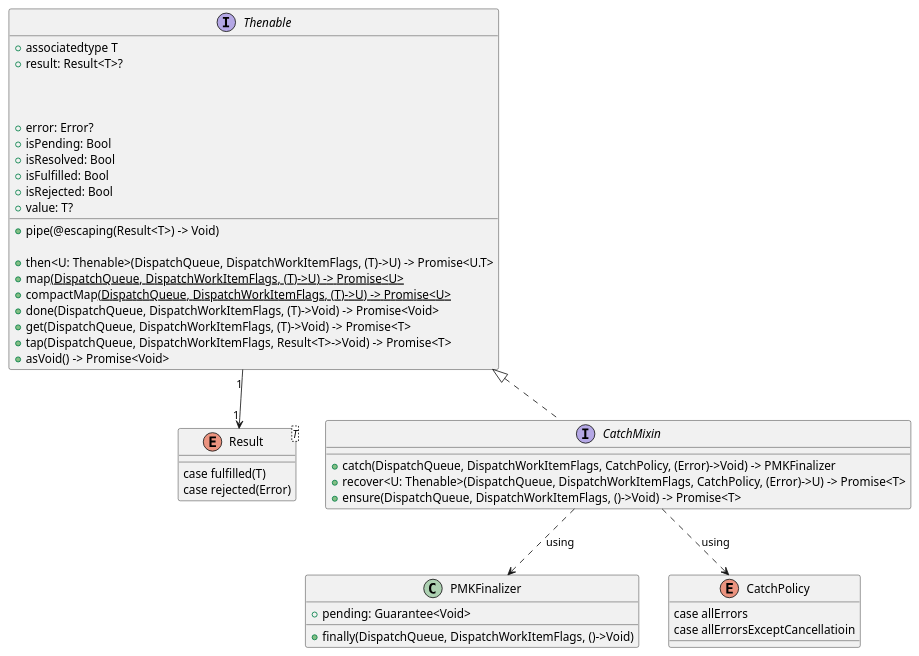
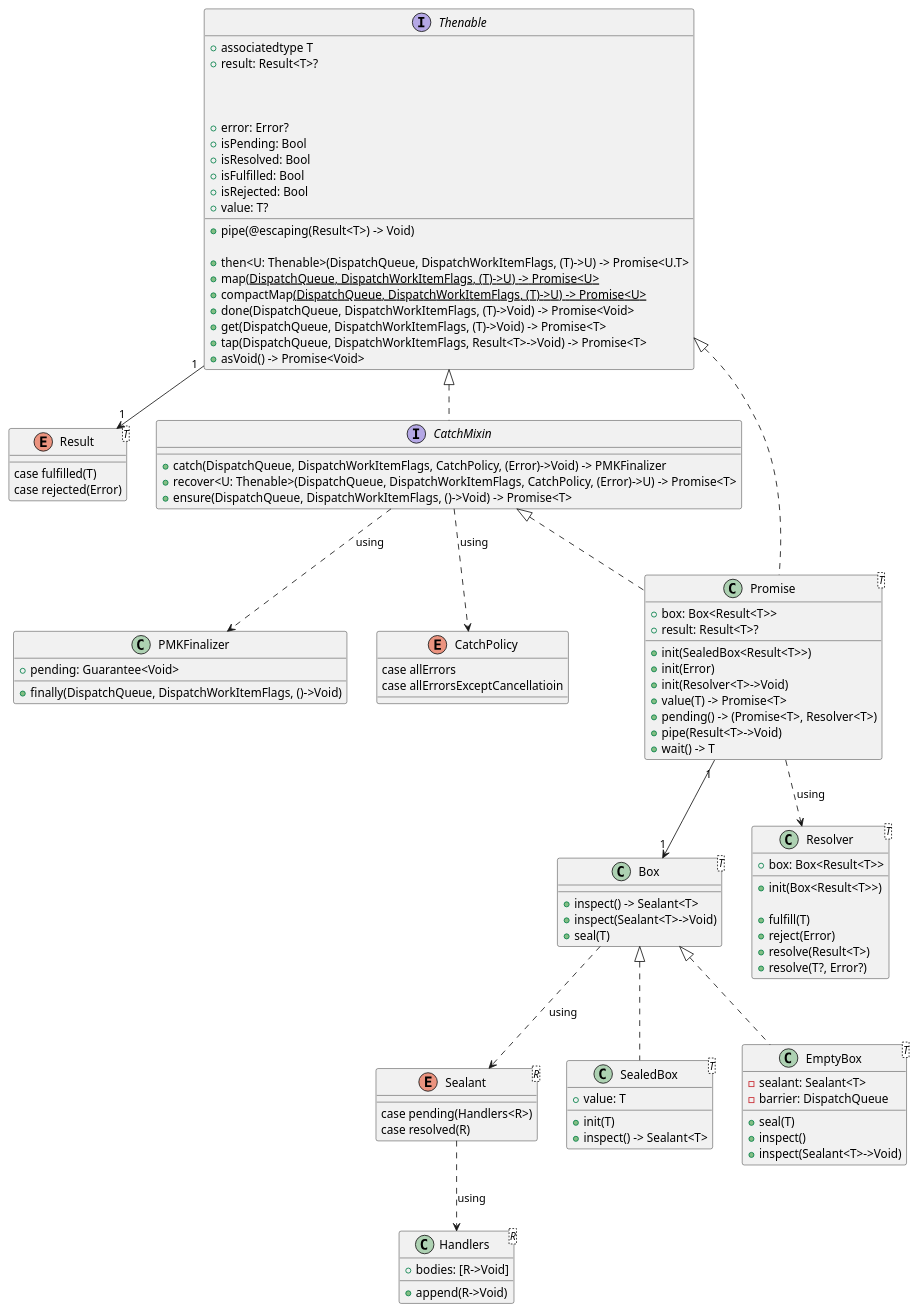
Before and after one commit to KeyL-KONG/PromiseKitDemo: the diagram in PromiseKit.wsd, drawn with PlantUML.

Commit message:
实现promise框架

```diff
--- a/PromiseKit.wsd
+++ b/PromiseKit.wsd
@@ -1,52 +1,117 @@
 @startuml
 
 enum Result<T> {
     case fulfilled(T)
     case rejected(Error)
 }
 
 interface Thenable {
 + associatedtype T
 + result: Result<T>?
 
 + pipe(@escaping(Result<T>) -> Void)
 
 + then<U: Thenable>(DispatchQueue, DispatchWorkItemFlags, (T)->U) -> Promise<U.T>
 + map<U>(DispatchQueue, DispatchWorkItemFlags, (T)->U) -> Promise<U>
 + compactMap<U>(DispatchQueue, DispatchWorkItemFlags, (T)->U) -> Promise<U>
 + done(DispatchQueue, DispatchWorkItemFlags, (T)->Void) -> Promise<Void>
 + get(DispatchQueue, DispatchWorkItemFlags, (T)->Void) -> Promise<T>
 + tap(DispatchQueue, DispatchWorkItemFlags, Result<T>->Void) -> Promise<T>
 + asVoid() -> Promise<Void>
 
 + error: Error?
 + isPending: Bool 
 + isResolved: Bool
 + isFulfilled: Bool
 + isRejected: Bool
 + value: T?
 }
 
 Thenable "1"-->"1" Result
 
 class PMKFinalizer {
 + pending: Guarantee<Void>
 + finally(DispatchQueue, DispatchWorkItemFlags, ()->Void)
 }
 
 enum CatchPolicy {
     case allErrors
     case allErrorsExceptCancellatioin
 }
 
 interface CatchMixin {
 + catch(DispatchQueue, DispatchWorkItemFlags, CatchPolicy, (Error)->Void) -> PMKFinalizer
 + recover<U: Thenable>(DispatchQueue, DispatchWorkItemFlags, CatchPolicy, (Error)->U) -> Promise<T>
 + ensure(DispatchQueue, DispatchWorkItemFlags, ()->Void) -> Promise<T>
 }
 
 Thenable <|.. CatchMixin
 CatchMixin ..> PMKFinalizer : using
 CatchMixin ..> CatchPolicy : using
 
+class Handlers<R> {
+    + bodies: [R->Void]
+    + append(R->Void) 
+}
+
+enum Sealant<R> {
+    case pending(Handlers<R>)
+    case resolved(R)
+}
+
+Sealant ..> Handlers : using
+
+class Box<T> {
+    + inspect() -> Sealant<T>
+    + inspect(Sealant<T>->Void)
+    + seal(T)
+}
+
+class SealedBox<T> {
+    + value: T 
+    + init(T)
+    + inspect() -> Sealant<T>
+}
+
+class EmptyBox<T> {
+    - sealant: Sealant<T>
+    - barrier: DispatchQueue
+
+    + seal(T)
+    + inspect()
+    + inspect(Sealant<T>->Void)
+}
+
+Box <|.. SealedBox
+Box <|.. EmptyBox
+Box ..> Sealant: using 
+
+class Resolver<T> {
+    + box: Box<Result<T>>
+    + init(Box<Result<T>>)
+
+    + fulfill(T)
+    + reject(Error)
+    + resolve(Result<T>)
+    + resolve(T?, Error?)
+}
+
+class Promise<T> {
+    + box: Box<Result<T>>
+    + result: Result<T>?
+
+    + init(SealedBox<Result<T>>)
+    + init(Error)
+    + init(Resolver<T>->Void)
+    + value(T) -> Promise<T>
+    + pending() -> (Promise<T>, Resolver<T>)
+    + pipe(Result<T>->Void)
+    + wait() -> T
+}
+
+Thenable <|.. Promise
+CatchMixin <|.. Promise
+Promise "1"-->"1" Box
+Promise ..> Resolver : using
+
 @enduml
```
